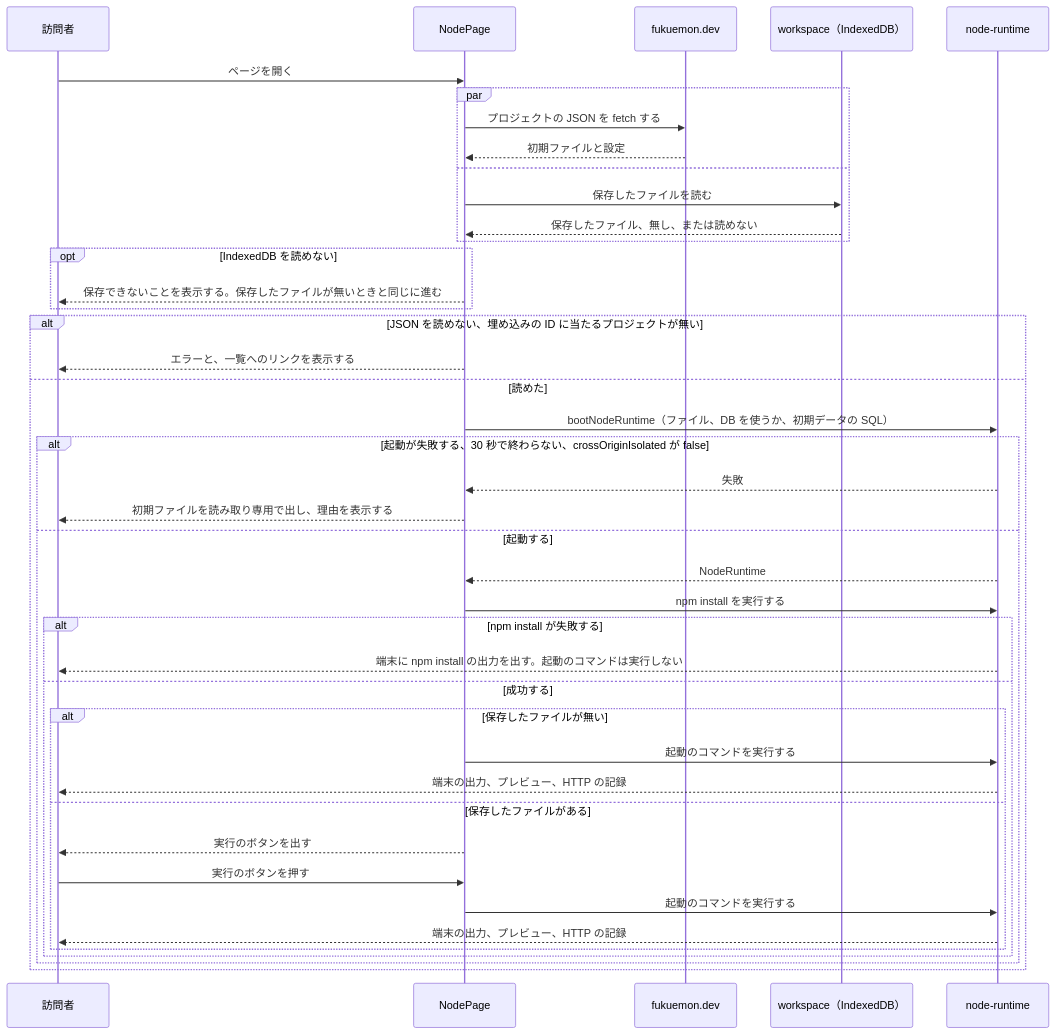
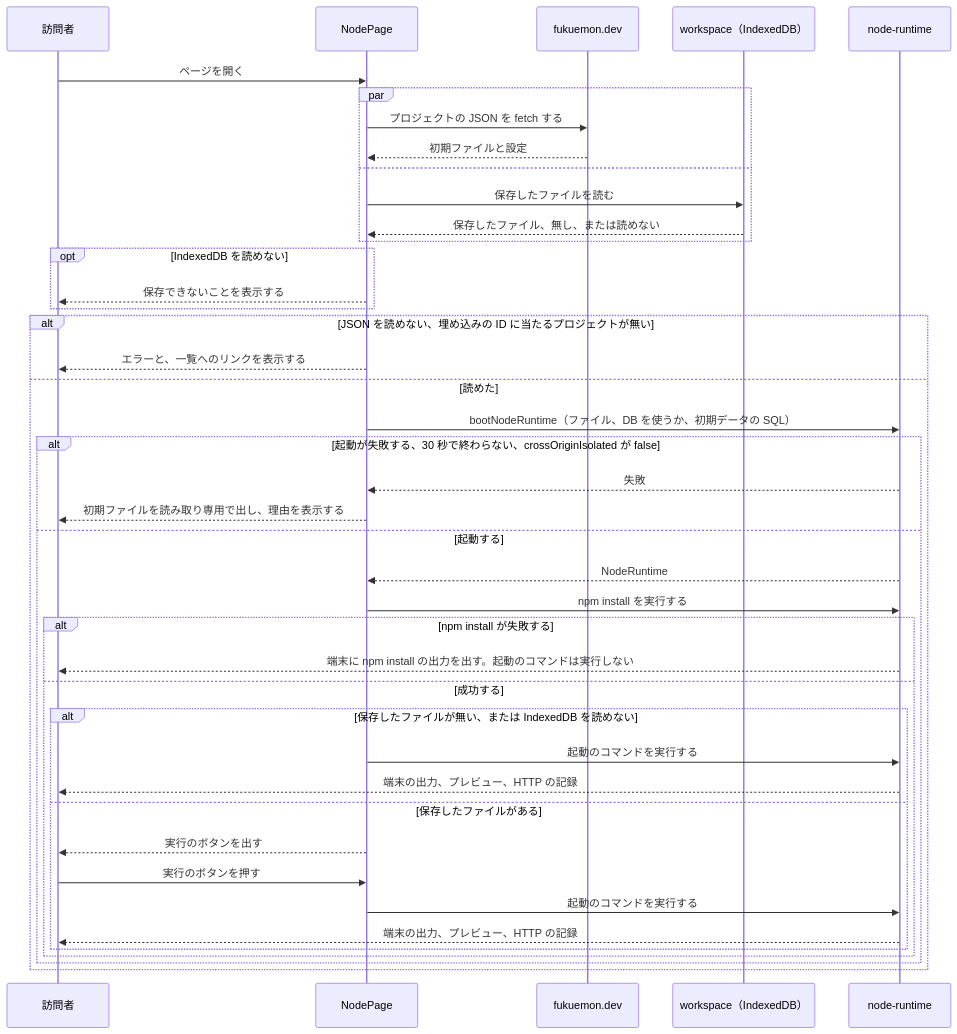
Before and after one commit to Fukuemon/fukuemon.dev: the third of 3 diagrams in design/features/playground/DesignDoc.md, drawn with Mermaid. The commit also changed other lines of this file and 4 other files, not shown here.

````diff
--- a/design/features/playground/DesignDoc.md
+++ b/design/features/playground/DesignDoc.md
@@ -392,45 +392,45 @@
 ```mermaid
 sequenceDiagram
   participant V as 訪問者
   participant P as NodePage
   participant W as fukuemon.dev
   participant S as workspace（IndexedDB）
   participant R as node-runtime
 
   V->>P: ページを開く
   par
     P->>W: プロジェクトの JSON を fetch する
     W-->>P: 初期ファイルと設定
   and
     P->>S: 保存したファイルを読む
     S-->>P: 保存したファイル、無し、または読めない
   end
   opt IndexedDB を読めない
-    P-->>V: 保存できないことを表示する。保存したファイルが無いときと同じに進む
+    P-->>V: 保存できないことを表示する
   end
   alt JSON を読めない、埋め込みの ID に当たるプロジェクトが無い
     P-->>V: エラーと、一覧へのリンクを表示する
   else 読めた
     P->>R: bootNodeRuntime（ファイル、DB を使うか、初期データの SQL）
     alt 起動が失敗する、30 秒で終わらない、crossOriginIsolated が false
       R-->>P: 失敗
       P-->>V: 初期ファイルを読み取り専用で出し、理由を表示する
     else 起動する
       R-->>P: NodeRuntime
       P->>R: npm install を実行する
       alt npm install が失敗する
         R-->>V: 端末に npm install の出力を出す。起動のコマンドは実行しない
       else 成功する
-        alt 保存したファイルが無い
+        alt 保存したファイルが無い、または IndexedDB を読めない
           P->>R: 起動のコマンドを実行する
           R-->>V: 端末の出力、プレビュー、HTTP の記録
         else 保存したファイルがある
           P-->>V: 実行のボタンを出す
           V->>P: 実行のボタンを押す
           P->>R: 起動のコマンドを実行する
           R-->>V: 端末の出力、プレビュー、HTTP の記録
         end
       end
     end
   end
 ```
````
